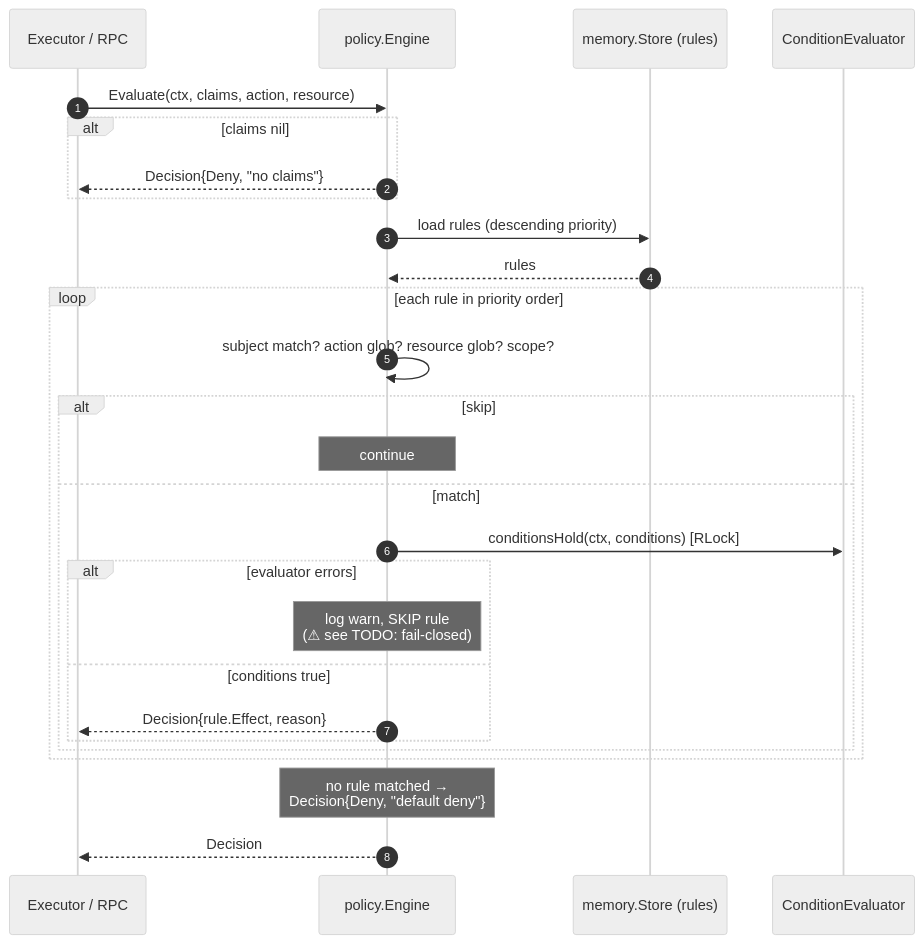
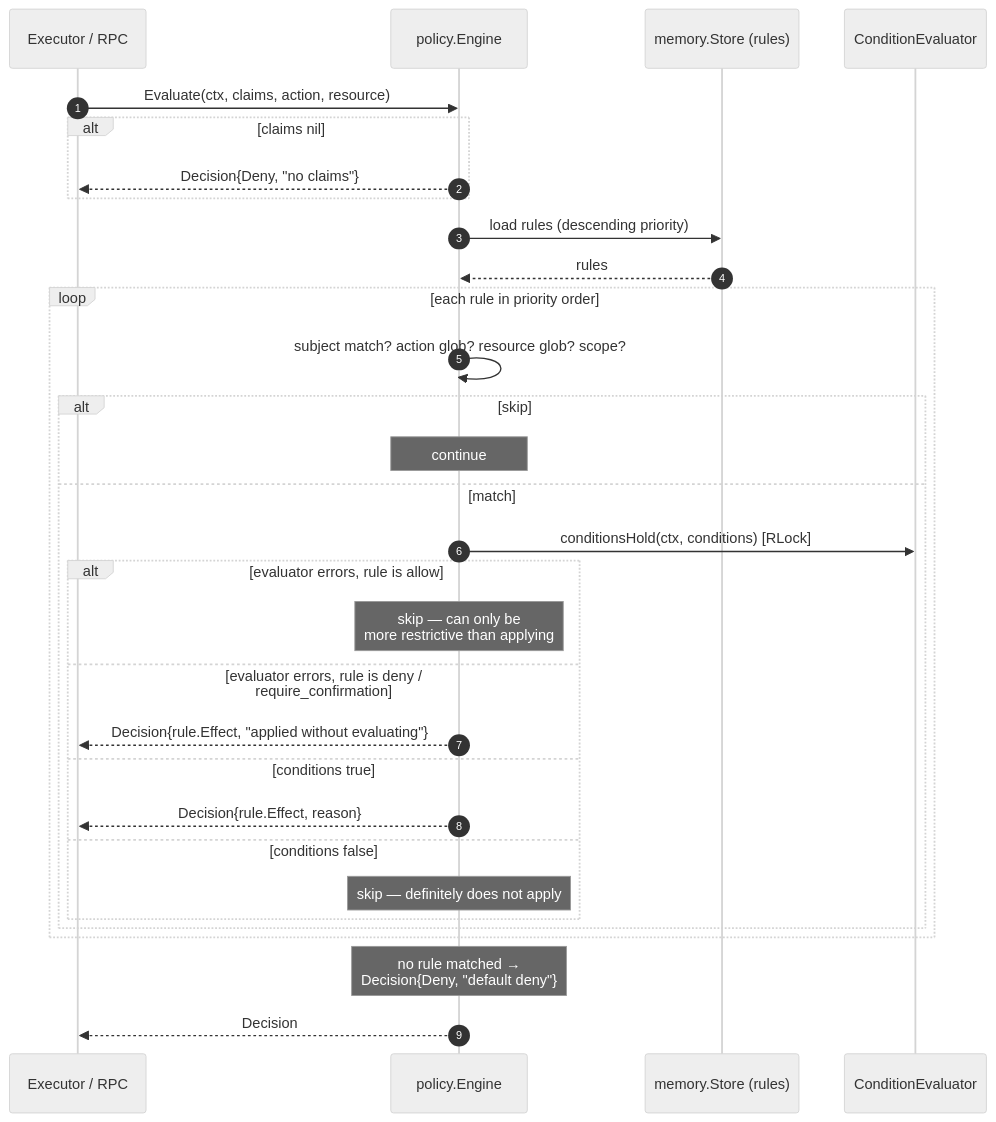
One commit to Sheardo/lobslaw changed the seventh of 9 diagrams in docs/dev/ARCHITECTURE.md. Above: the diagram before and after it, drawn with Mermaid (neutral theme). The commit also changed other lines of this file and 5 other files, not shown here.

````diff
--- a/docs/dev/ARCHITECTURE.md
+++ b/docs/dev/ARCHITECTURE.md
@@ -311,30 +311,34 @@
 ```mermaid
 sequenceDiagram
   autonumber
   participant Caller as Executor / RPC
   participant Eng as policy.Engine
   participant Store as memory.Store (rules)
   participant Eval as ConditionEvaluator
 
   Caller->>Eng: Evaluate(ctx, claims, action, resource)
   alt claims nil
     Eng-->>Caller: Decision{Deny, "no claims"}
   end
   Eng->>Store: load rules (descending priority)
   Store-->>Eng: rules
   loop each rule in priority order
     Eng->>Eng: subject match? action glob? resource glob? scope?
     alt skip
       Note over Eng: continue
     else match
       Eng->>Eval: conditionsHold(ctx, conditions) [RLock]
-      alt evaluator errors
-        Note over Eng: log warn, SKIP rule<br/>(⚠ see TODO: fail-closed)
+      alt evaluator errors, rule is allow
+        Note over Eng: skip — can only be<br/>more restrictive than applying
+      else evaluator errors, rule is deny / require_confirmation
+        Eng-->>Caller: Decision{rule.Effect, "applied without evaluating"}
       else conditions true
         Eng-->>Caller: Decision{rule.Effect, reason}
+      else conditions false
+        Note over Eng: skip — definitely does not apply
       end
     end
   end
   Note over Eng: no rule matched →<br/>Decision{Deny, "default deny"}
   Eng-->>Caller: Decision
 ```
````
